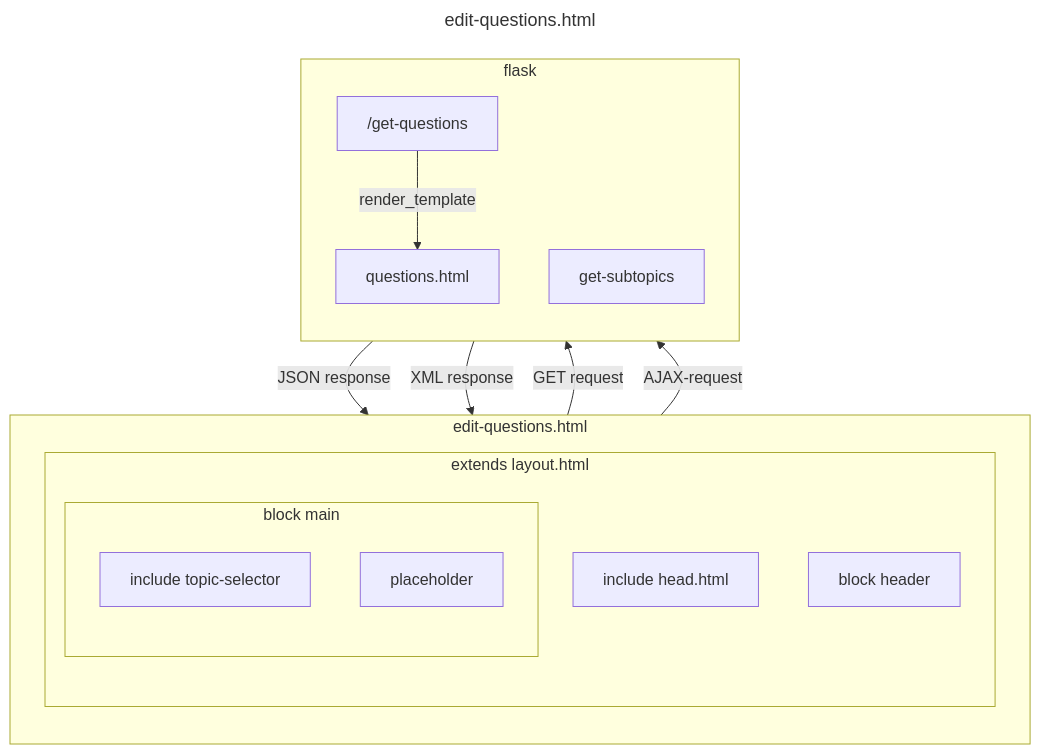
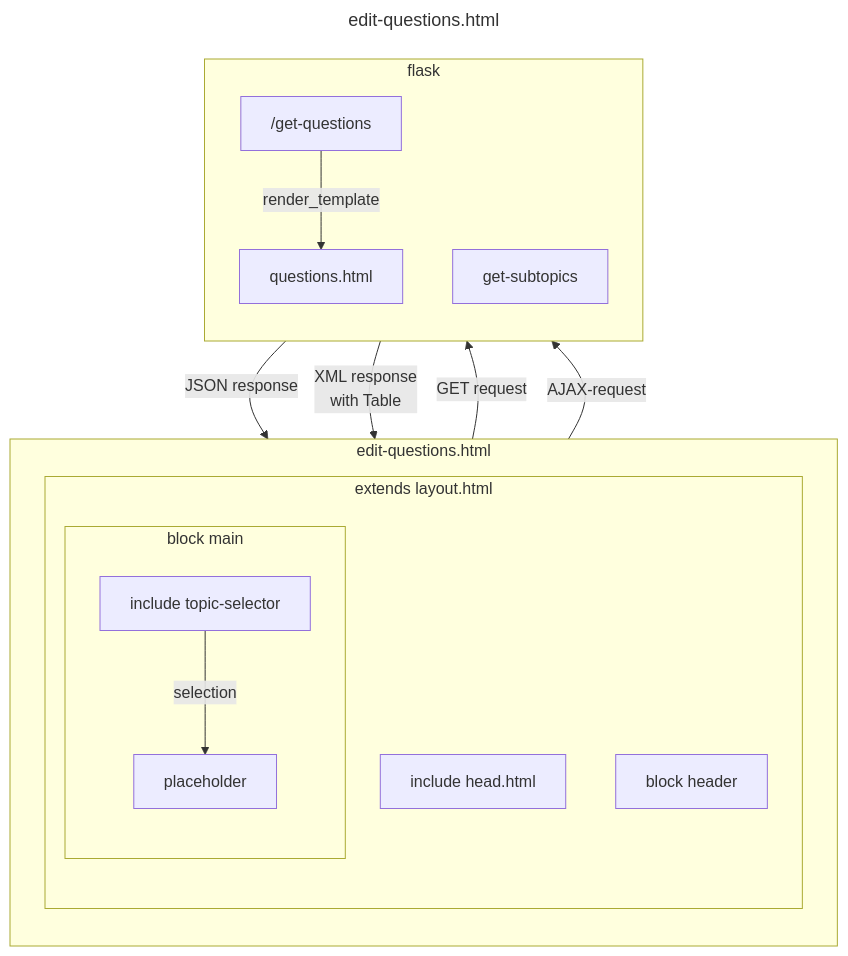
The third of 3 diagrams in docs/documentation.md (KlaBra16F1/CS50), drawn with Mermaid before and after one commit. The commit also changed other lines of this file and 1 other file, not shown here.

````diff
--- a/docs/documentation.md
+++ b/docs/documentation.md
@@ -180,32 +180,33 @@
 ```mermaid
 ---
 title: edit-questions.html 
 ---
 flowchart TB
 
 subgraph edit-questions.html
 direction TB
     subgraph extends layout.html
     direction TB
         a[include head.html]
         subgraph block main
             c[include topic-selector]
             d[placeholder]
+            c -- selection --> d
         end
         b[block header]
 
     end
 end
 
 subgraph flask
     direction TB
     f["/get-questions"]
     g["get-subtopics"]
     e[questions.html]
 end
 c -- GET request --> g
 g -- JSON response --> c
 d -- AJAX-request --> f
 f -- render_template --> e
-e -- XML response --> d
+e -- XML response<br>with Table --> d
 ```
````
